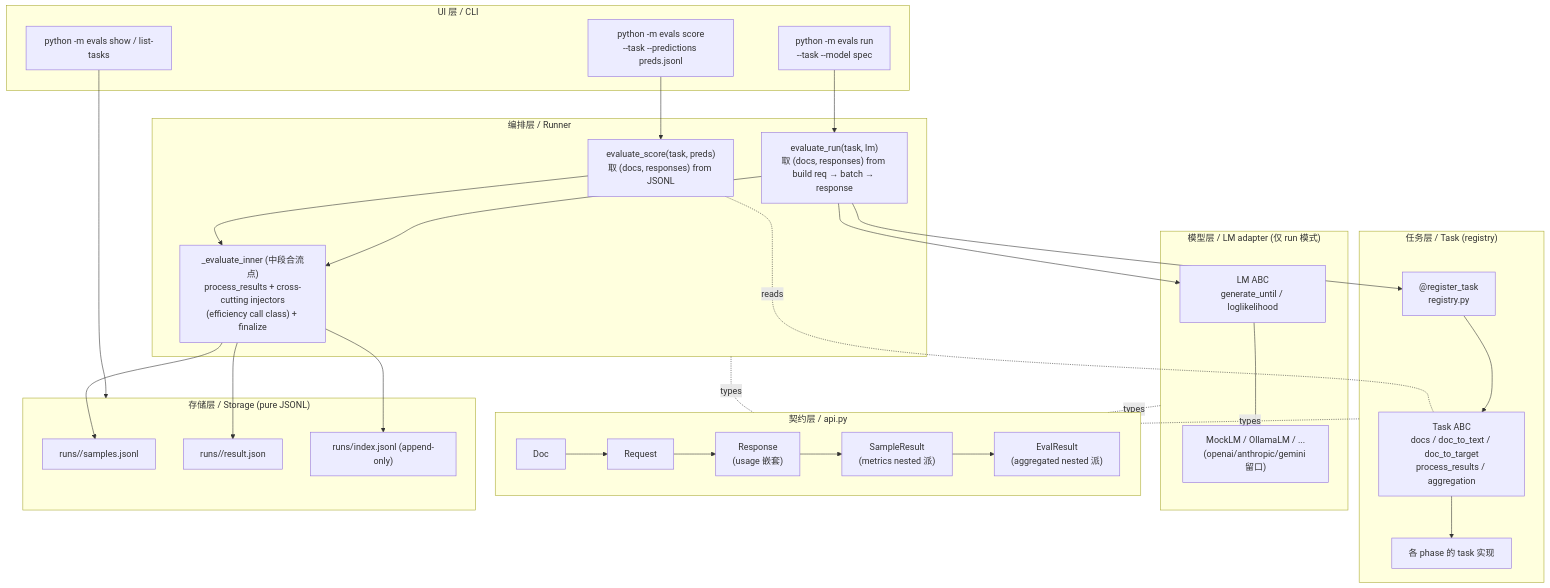
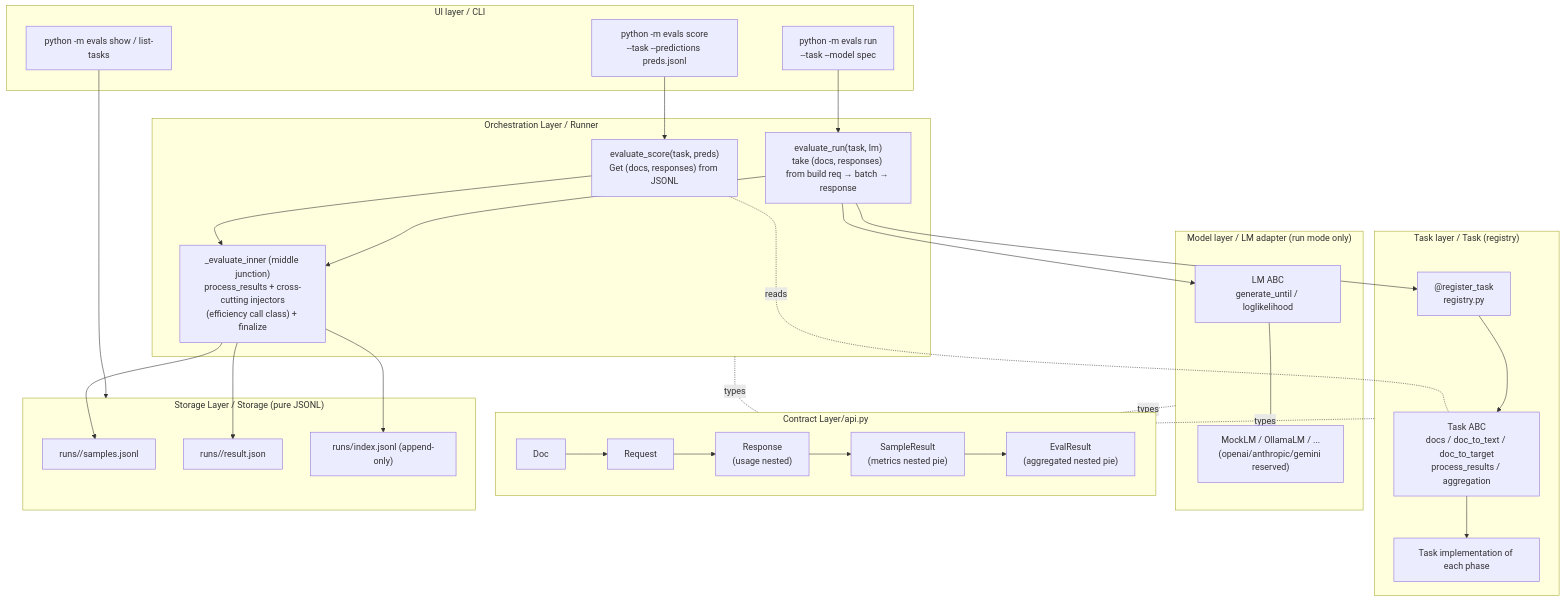
The first of 2 diagrams in play/evals/README.md (AndyUneducated/alchemy), drawn with Mermaid before and after one commit. The commit also changed other lines of this file and 197 other files, not shown here.

````diff
--- a/play/evals/README.md
+++ b/play/evals/README.md
@@ -31,44 +31,44 @@
 ```mermaid
 flowchart TB
-    subgraph UI["UI 层 / CLI"]
+    subgraph UI["UI layer / CLI"]
         cliScore["python -m evals score<br/>--task --predictions preds.jsonl"]
         cliRun["python -m evals run<br/>--task --model spec"]
         cliShow["python -m evals show / list-tasks"]
     end
-    subgraph ORCH["编排层 / Runner"]
-        off["evaluate_score(task, preds)<br/>取 (docs, responses) from JSONL"]
-        act["evaluate_run(task, lm)<br/>取 (docs, responses) from build req → batch → response"]
-        shared["_evaluate_inner (中段合流点)<br/>process_results + cross-cutting injectors<br/>(efficiency call class) + finalize"]
+subgraph ORCH["Orchestration Layer / Runner"]
+off["evaluate_score(task, preds)<br/>Get (docs, responses) from JSONL"]
+act["evaluate_run(task, lm)<br/>take (docs, responses) from build req → batch → response"]
+shared["_evaluate_inner (middle junction)<br/>process_results + cross-cutting injectors<br/>(efficiency call class) + finalize"]
     end
-    subgraph TASK["任务层 / Task (registry)"]
+subgraph TASK["Task layer / Task (registry)"]
         reg["@register_task<br/>registry.py"]
         base["Task ABC<br/>docs / doc_to_text / doc_to_target<br/>process_results / aggregation"]
-        tasks["各 phase 的 task 实现"]
+tasks["Task implementation of each phase"]
     end
-    subgraph LM["模型层 / LM adapter (仅 run 模式)"]
+subgraph LM["Model layer / LM adapter (run mode only)"]
         lmbase["LM ABC<br/>generate_until / loglikelihood"]
-        adapters["MockLM / OllamaLM / ...<br/>(openai/anthropic/gemini 留口)"]
+        adapters["MockLM / OllamaLM / ...<br/>(openai/anthropic/gemini reserved)"]
     end
-    subgraph CONTRACT["契约层 / api.py"]
-        doc["Doc"] --> req["Request"] --> resp["Response<br/>(usage 嵌套)"] --> sr["SampleResult<br/>(metrics nested 派)"] --> er["EvalResult<br/>(aggregated nested 派)"]
+subgraph CONTRACT["Contract Layer/api.py"]
+doc["Doc"] --> req["Request"] --> resp["Response<br/>(usage nested)"] --> sr["SampleResult<br/>(metrics nested pie)"] --> er["EvalResult<br/>(aggregated nested pie)"]
     end
-    subgraph STORE["存储层 / Storage (pure JSONL)"]
+subgraph STORE["Storage Layer / Storage (pure JSONL)"]
         samples["runs/<id>/samples.jsonl"]
         result["runs/<id>/result.json"]
         idx["runs/index.jsonl (append-only)"]
     end
     cliScore --> off
     cliRun --> act
     cliShow --> STORE
     off --> shared
     act --> shared
     off -. reads .- base
     act --> reg --> base
     act --> lmbase
     base --> tasks
     lmbase --> adapters
     shared --> samples & result & idx
     TASK -. types .- CONTRACT
     LM -. types .- CONTRACT
     ORCH -. types .- CONTRACT
 ```
````
